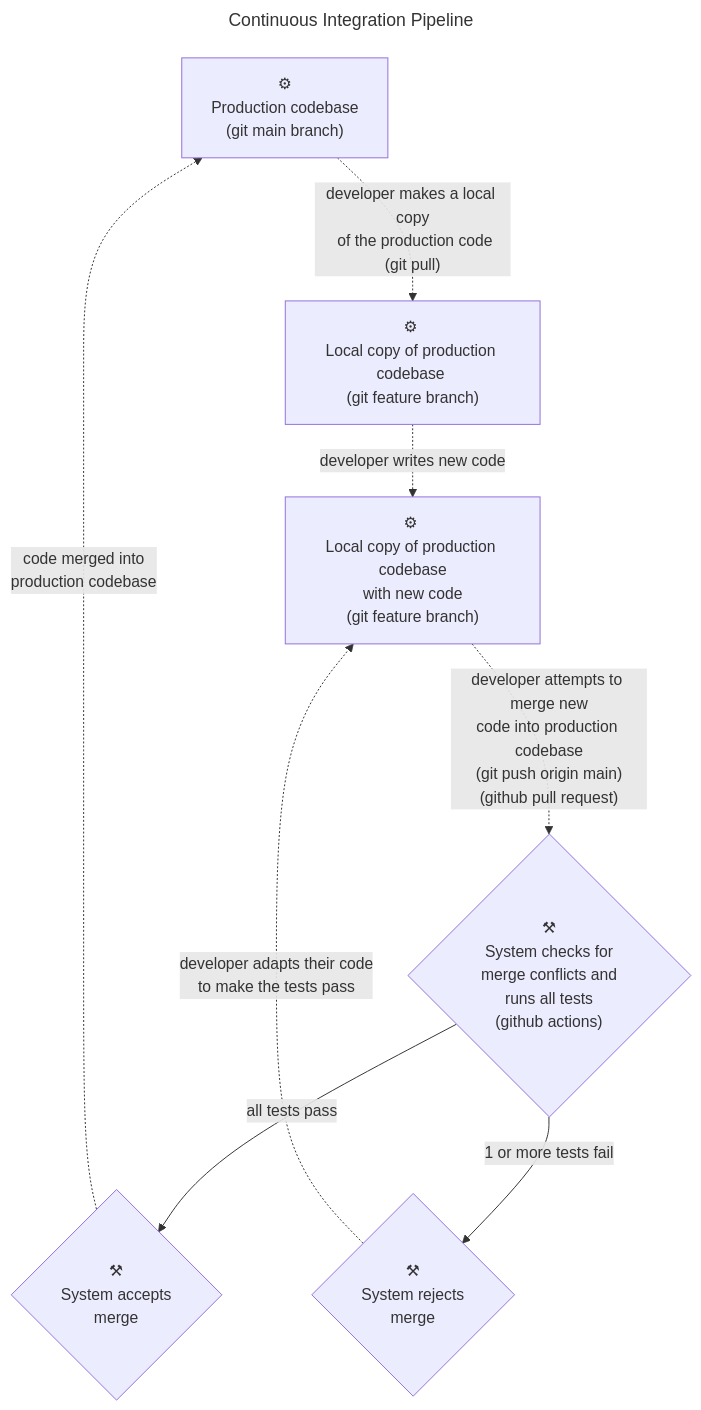
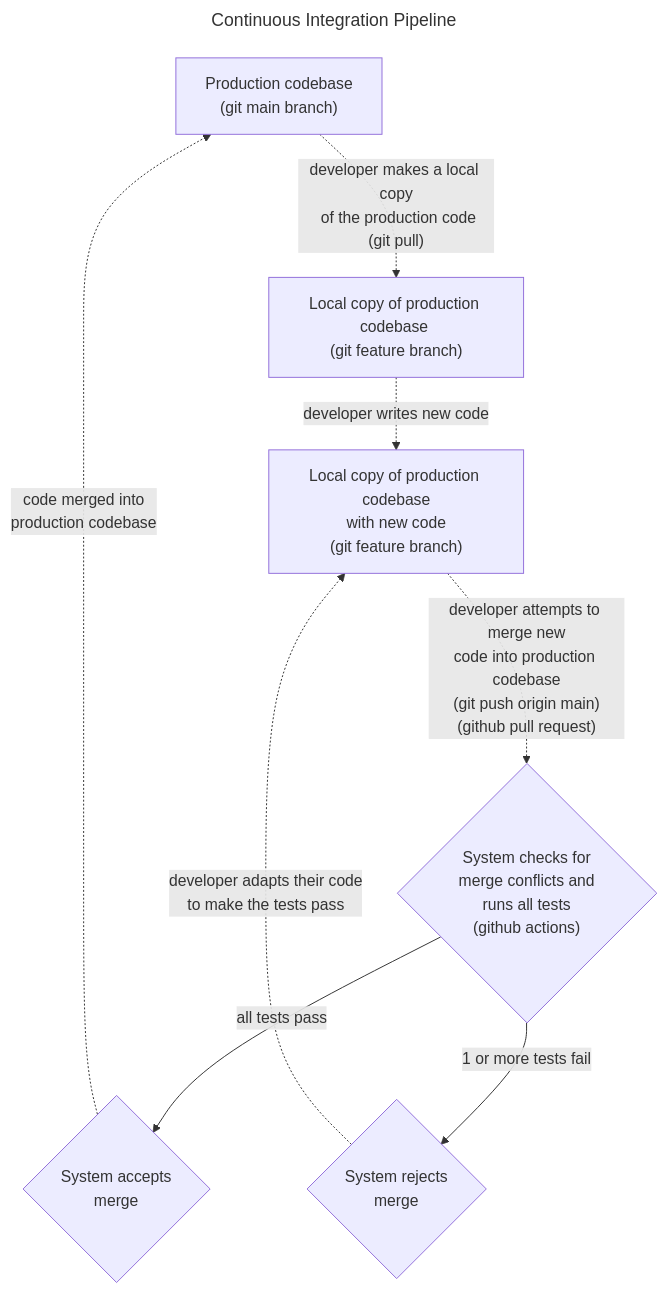
Before and after one commit to shanebarakat/python-github-ci-pipeline: the diagram in blog_post/tutorial.md, drawn with Mermaid. The commit also changed 1 other file, not shown here.

Commit message:
fix(README.md-tutorial.md): fixed mermaidJS error on github by removing unicode symbols

````diff
--- a/blog_post/tutorial.md
+++ b/blog_post/tutorial.md
@@ -70,13 +70,13 @@
 ```mermaid
 ---
 title: Continuous Integration Pipeline
 ---
 flowchart TD;
-    A["⚙ <br>Production codebase <br>(git main branch)"] -. "developer makes a local copy<br> of the production code<br>(git pull)" .-> B["⚙ <br>Local copy of production codebase <br>(git feature branch)"]
-    B -. "developer writes new code" .-> C["⚙ <br>Local copy of production codebase<br>with new code<br>(git feature branch)"]
-    C -. "developer attempts to merge new<br>code into production codebase<br>(git push origin main)<br>(github pull request)" .-> D{"⚒<br>System checks for<br>merge conflicts and<br>runs all tests<br>(github actions)"}
-    D -- "all tests pass" --> E{⚒<br>System accepts <br>merge}
+    A["Production codebase <br>(git main branch)"] -. "developer makes a local copy<br> of the production code<br>(git pull)" .-> B["Local copy of production codebase <br>(git feature branch)"]
+    B -. "developer writes new code" .-> C["Local copy of production codebase<br>with new code<br>(git feature branch)"]
+    C -. "developer attempts to merge new<br>code into production codebase<br>(git push origin main)<br>(github pull request)" .-> D{"System checks for<br>merge conflicts and<br>runs all tests<br>(github actions)"}
+    D -- "all tests pass" --> E{System accepts <br>merge}
     E -. "code merged into<br>production codebase " .-> A
-    D -- "1 or more tests fail" --> F{⚒<br>System rejects <br>merge}
+    D -- "1 or more tests fail" --> F{System rejects <br>merge}
     F -. "developer adapts their code<br>to make the tests pass" .-> C
 ```
````
